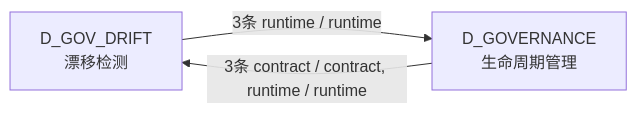
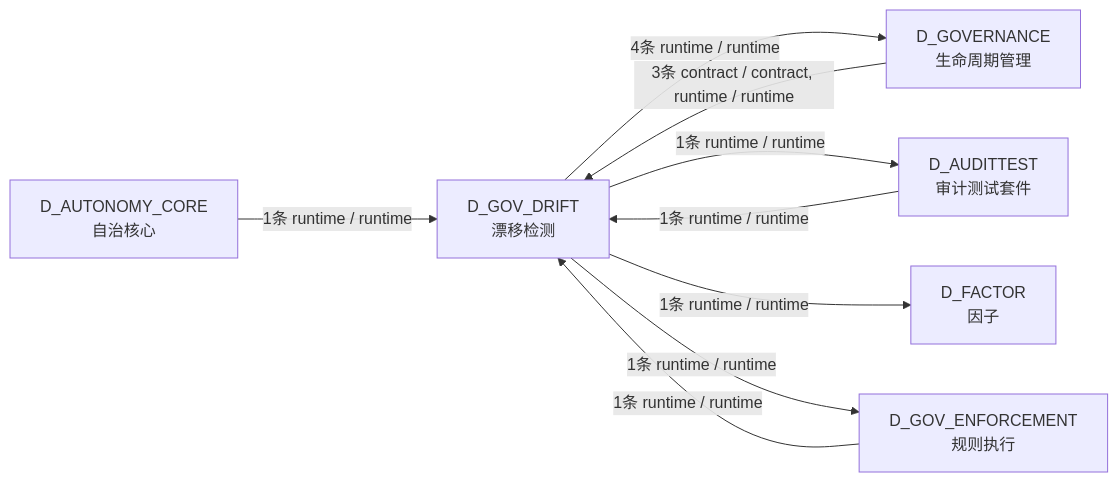
One commit to xuanFelixVan/ZephyrAlpha changed the third of 3 diagrams in docs/02_enterprise_architecture/02_domain_architecture_docs/34_d_gov_drift.md. Above: the diagram before and after it, drawn with Mermaid. The commit also changed other lines of this file and 100 other files, not shown here.

````diff
--- a/docs/02_enterprise_architecture/02_domain_architecture_docs/34_d_gov_drift.md
+++ b/docs/02_enterprise_architecture/02_domain_architecture_docs/34_d_gov_drift.md
@@ -142,7 +173,17 @@
 ```mermaid
 graph LR
     D_GOV_DRIFT["D_GOV_DRIFT<br/>漂移检测"]
     D_GOVERNANCE["D_GOVERNANCE<br/>生命周期管理"]
-    D_GOV_DRIFT -->|3条 runtime / runtime| D_GOVERNANCE
+    D_AUDITTEST["D_AUDITTEST<br/>审计测试套件"]
+    D_FACTOR["D_FACTOR<br/>因子"]
+    D_GOV_ENFORCEMENT["D_GOV_ENFORCEMENT<br/>规则执行"]
+    D_AUTONOMY_CORE["D_AUTONOMY_CORE<br/>自治核心"]
+    D_GOV_DRIFT -->|4条 runtime / runtime| D_GOVERNANCE
+    D_GOV_DRIFT -->|1条 runtime / runtime| D_AUDITTEST
+    D_GOV_DRIFT -->|1条 runtime / runtime| D_FACTOR
+    D_GOV_DRIFT -->|1条 runtime / runtime| D_GOV_ENFORCEMENT
     D_GOVERNANCE -->|3条 contract / contract, runtime / runtime| D_GOV_DRIFT
+    D_AUDITTEST -->|1条 runtime / runtime| D_GOV_DRIFT
+    D_AUTONOMY_CORE -->|1条 runtime / runtime| D_GOV_DRIFT
+    D_GOV_ENFORCEMENT -->|1条 runtime / runtime| D_GOV_DRIFT
 ```
````
